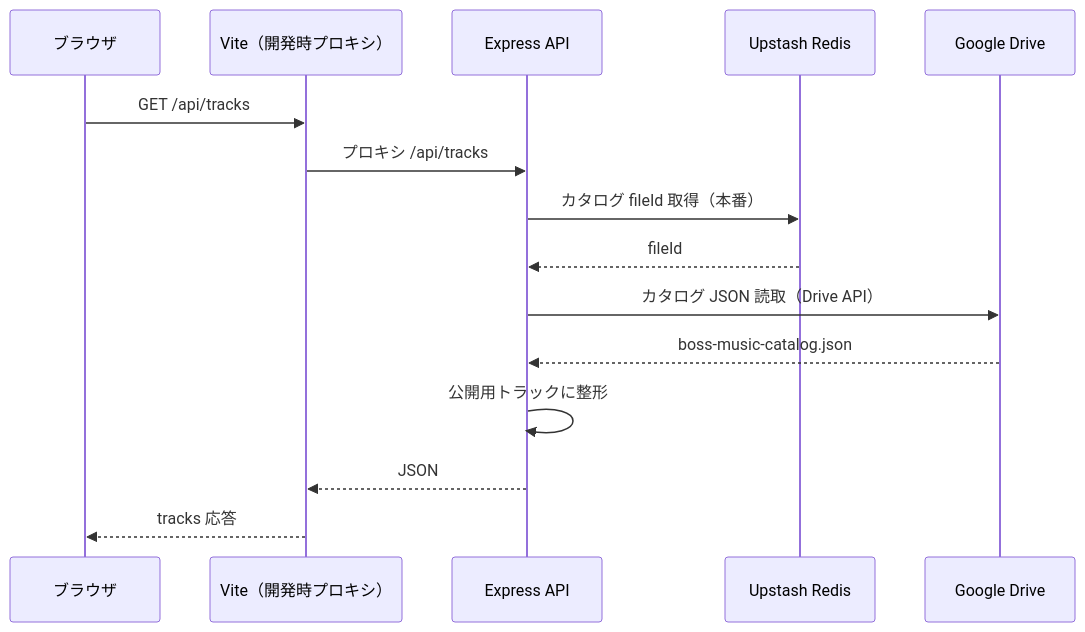
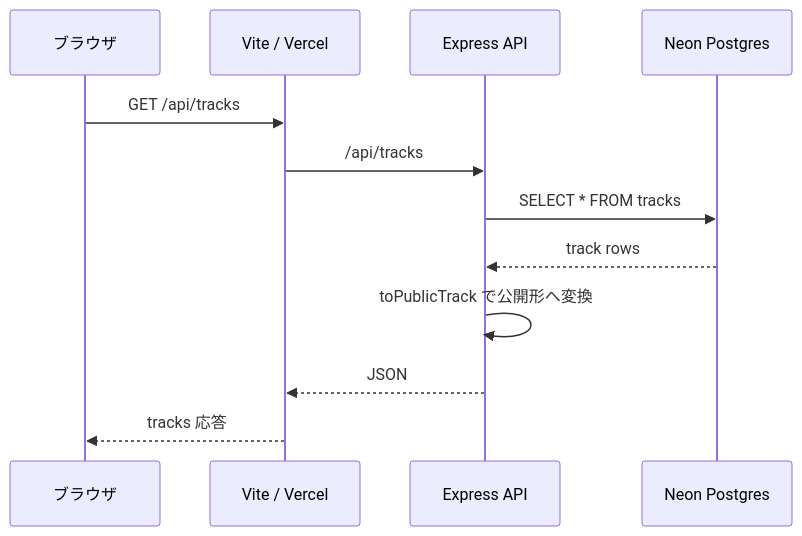
Before and after one commit to RYUKOU-OKUMURA/boss-music: the first of 5 diagrams in docs/バックエンド構成図.md, drawn with Mermaid. The commit also changed other lines of this file and 6 other files, not shown here.

````diff
--- a/docs/バックエンド構成図.md
+++ b/docs/バックエンド構成図.md
@@ -11,18 +12,15 @@
 ```mermaid
 sequenceDiagram
     participant U as ブラウザ
-    participant V as Vite（開発時プロキシ）
+    participant V as Vite / Vercel
     participant E as Express API
-    participant R as Upstash Redis
-    participant D as Google Drive
+    participant N as Neon Postgres
 
     U ->> V: GET /api/tracks
-    V ->> E: プロキシ /api/tracks
-    E ->> R: カタログ fileId 取得（本番）
-    R -->> E: fileId
-    E ->> D: カタログ JSON 読取（Drive API）
-    D -->> E: boss-music-catalog.json
-    E ->> E: 公開用トラックに整形
+    V ->> E: /api/tracks
+    E ->> N: SELECT * FROM tracks
+    N -->> E: track rows
+    E ->> E: toPublicTrack で公開形へ変換
     E -->> V: JSON
     V -->> U: tracks 応答
 ```
````
